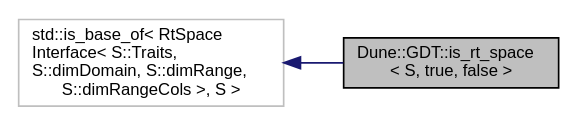
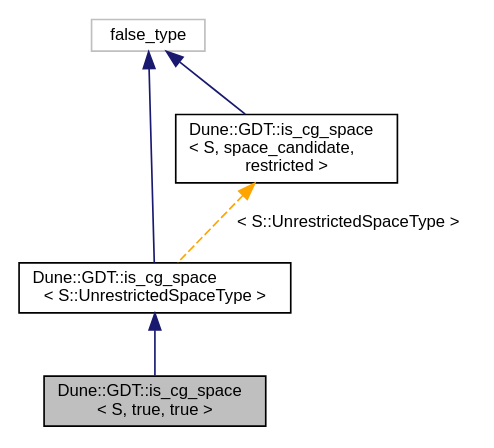
One commit to dune-community/dune-community.github.io changed the diagram in docs/dune-gdt/master/a03144.dot. Above: the diagram before and after it, drawn with Graphviz. The commit also changed 1982 other files, not shown here.

Commit message:
Updated documentation for dune-gdt master

```diff
--- a/docs/dune-gdt/master/a03144.dot
+++ b/docs/dune-gdt/master/a03144.dot
@@ -1,9 +1,13 @@
-digraph "Dune::GDT::is_rt_space&lt; S, true, false &gt;"
+digraph "Dune::GDT::is_cg_space&lt; S, true, true &gt;"
 {
   edge [fontname="Helvetica",fontsize="10",labelfontname="Helvetica",labelfontsize="10"];
   node [fontname="Helvetica",fontsize="10",shape=record];
-  rankdir="LR";
-  Node0 [label="Dune::GDT::is_rt_space\l\< S, true, false \>",height=0.2,width=0.4,color="black", fillcolor="grey75", style="filled", fontcolor="black"];
+  Node0 [label="Dune::GDT::is_cg_space\l\< S, true, true \>",height=0.2,width=0.4,color="black", fillcolor="grey75", style="filled", fontcolor="black"];
   Node1 -> Node0 [dir="back",color="midnightblue",fontsize="10",style="solid",fontname="Helvetica"];
-  Node1 [label="std::is_base_of\< RtSpace\lInterface\< S::Traits,\l S::dimDomain, S::dimRange,\l S::dimRangeCols \>, S \>",height=0.2,width=0.4,color="grey75", fillcolor="white", style="filled"];
+  Node1 [label="Dune::GDT::is_cg_space\l\< S::UnrestrictedSpaceType \>",height=0.2,width=0.4,color="black", fillcolor="white", style="filled",URL="$a03137.html"];
+  Node2 -> Node1 [dir="back",color="midnightblue",fontsize="10",style="solid",fontname="Helvetica"];
+  Node2 [label="false_type",height=0.2,width=0.4,color="grey75", fillcolor="white", style="filled"];
+  Node3 -> Node1 [dir="back",color="orange",fontsize="10",style="dashed",label=" \< S::UnrestrictedSpaceType \>" ,fontname="Helvetica"];
+  Node3 [label="Dune::GDT::is_cg_space\l\< S, space_candidate,\l restricted \>",height=0.2,width=0.4,color="black", fillcolor="white", style="filled",URL="$a03137.html"];
+  Node2 -> Node3 [dir="back",color="midnightblue",fontsize="10",style="solid",fontname="Helvetica"];
 }
```
